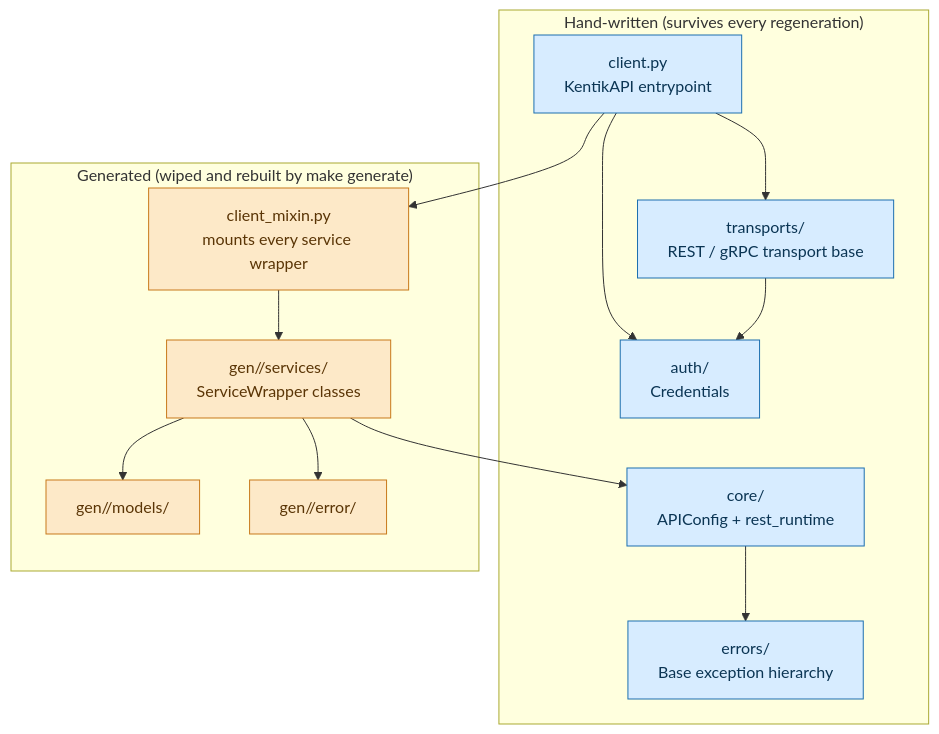
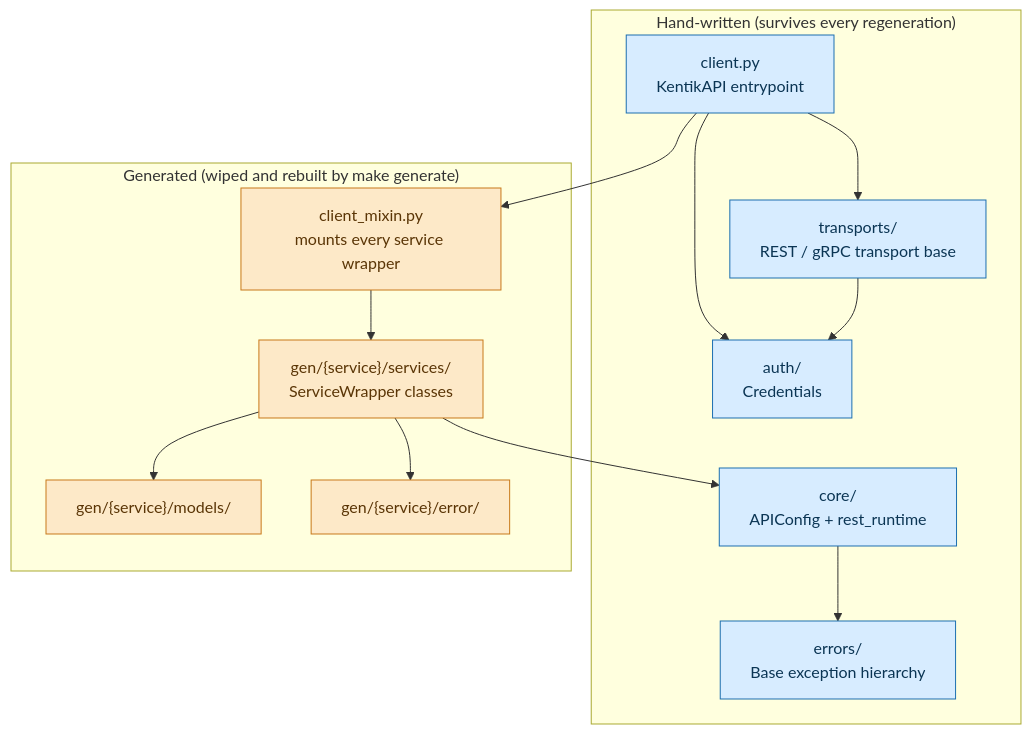
One commit to alexdearaujo/community_sdk_python changed the diagram in README.md. Above: the diagram before and after it, drawn with Mermaid.

Commit message:
fix: replace raw <service> tags with {service} in root README mermaid

````diff
--- a/README.md
+++ b/README.md
@@ -19,32 +19,32 @@
 ```mermaid
 flowchart TB
     subgraph HW["Hand-written (survives every regeneration)"]
         Client["client.py<br/>KentikAPI entrypoint"]
         Auth["auth/<br/>Credentials"]
         Core["core/<br/>APIConfig + rest_runtime"]
         Errors["errors/<br/>Base exception hierarchy"]
         Transports["transports/<br/>REST / gRPC transport base"]
     end
 
     subgraph GEN["Generated (wiped and rebuilt by make generate)"]
         Mixin["client_mixin.py<br/>mounts every service wrapper"]
-        Wrappers["gen/<service>/services/<br/>ServiceWrapper classes"]
-        Models["gen/<service>/models/"]
-        GenErrors["gen/<service>/error/"]
+        Wrappers["gen/{service}/services/<br/>ServiceWrapper classes"]
+        Models["gen/{service}/models/"]
+        GenErrors["gen/{service}/error/"]
     end
 
     Client --> Mixin
     Client --> Auth
     Client --> Transports
     Mixin --> Wrappers
     Wrappers --> Models
     Wrappers --> Core
     Wrappers --> GenErrors
     Core --> Errors
     Transports --> Auth
 
     classDef handwritten fill:#d7ecff,stroke:#1c6fb0,color:#0b3554
     classDef generated fill:#fde9c8,stroke:#c8791a,color:#5a3506
     class Client,Auth,Core,Errors,Transports handwritten
     class Mixin,Wrappers,Models,GenErrors generated
 ```
````
